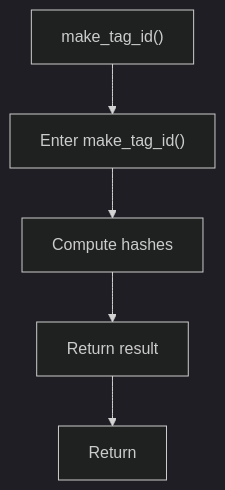
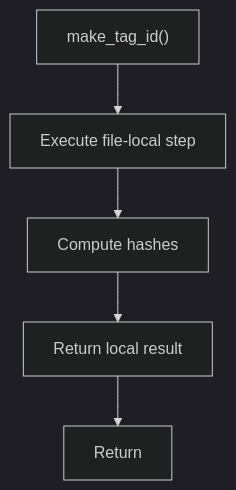
The diagram in docs/Codebase/Microservice/Modules/Source/OutputGeneration/DocumentationTagger/make_tag_id.cpp.md (JohnAndrewBalbarosa/NeoTerritory), drawn with Mermaid (dark theme) before and after one commit. The commit also changed other lines of this file and 915 other files, not shown here.

````diff
--- a/docs/Codebase/Microservice/Modules/Source/OutputGeneration/DocumentationTagger/make_tag_id.cpp.md
+++ b/docs/Codebase/Microservice/Modules/Source/OutputGeneration/DocumentationTagger/make_tag_id.cpp.md
@@ -17,12 +17,12 @@
 ```mermaid
 flowchart TD
     Start["make_tag_id()"]
-    N0["Enter make_tag_id()"]
+    N0["Execute file-local step"]
     N1["Compute hashes"]
-    N2["Return result"]
+    N2["Return local result"]
     End["Return"]
     Start --> N0
     N0 --> N1
     N1 --> N2
     N2 --> End
 ```
````
